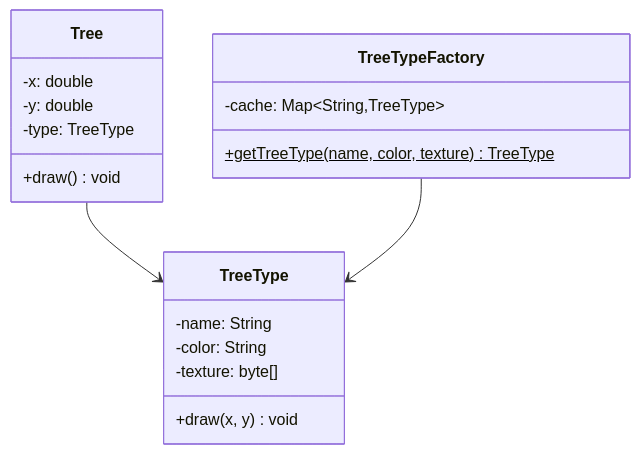
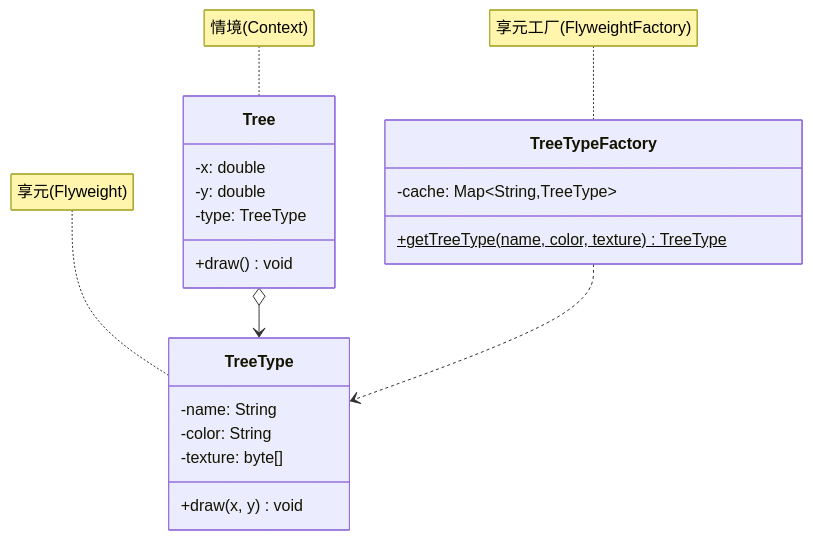
Before and after one commit to luguosong/programming-notes: the diagram in docs/topic/design-patterns/structural-patterns/flyweight/index.md, drawn with Mermaid. The commit also changed 23 other files, not shown here.

First line of the commit message:
fix: 修正设计模式 UML 箭头类型并添加角色标注

````diff
--- a/docs/topic/design-patterns/structural-patterns/flyweight/index.md
+++ b/docs/topic/design-patterns/structural-patterns/flyweight/index.md
@@ -27,21 +27,24 @@
 ```mermaid
 classDiagram
     class TreeType {
         -name: String
         -color: String
         -texture: byte[]
         +draw(x, y) void
     }
     class TreeTypeFactory {
         -cache: Map~String,TreeType~
         +getTreeType(name, color, texture)$ TreeType
     }
     class Tree {
         -x: double
         -y: double
         -type: TreeType
         +draw() void
     }
-    Tree --> TreeType
-    TreeTypeFactory --> TreeType
+    Tree o--> TreeType
+    TreeTypeFactory ..> TreeType
+    note for TreeType "享元(Flyweight)"
+    note for TreeTypeFactory "享元工厂(FlyweightFactory)"
+    note for Tree "情境(Context)"
 ```
````
